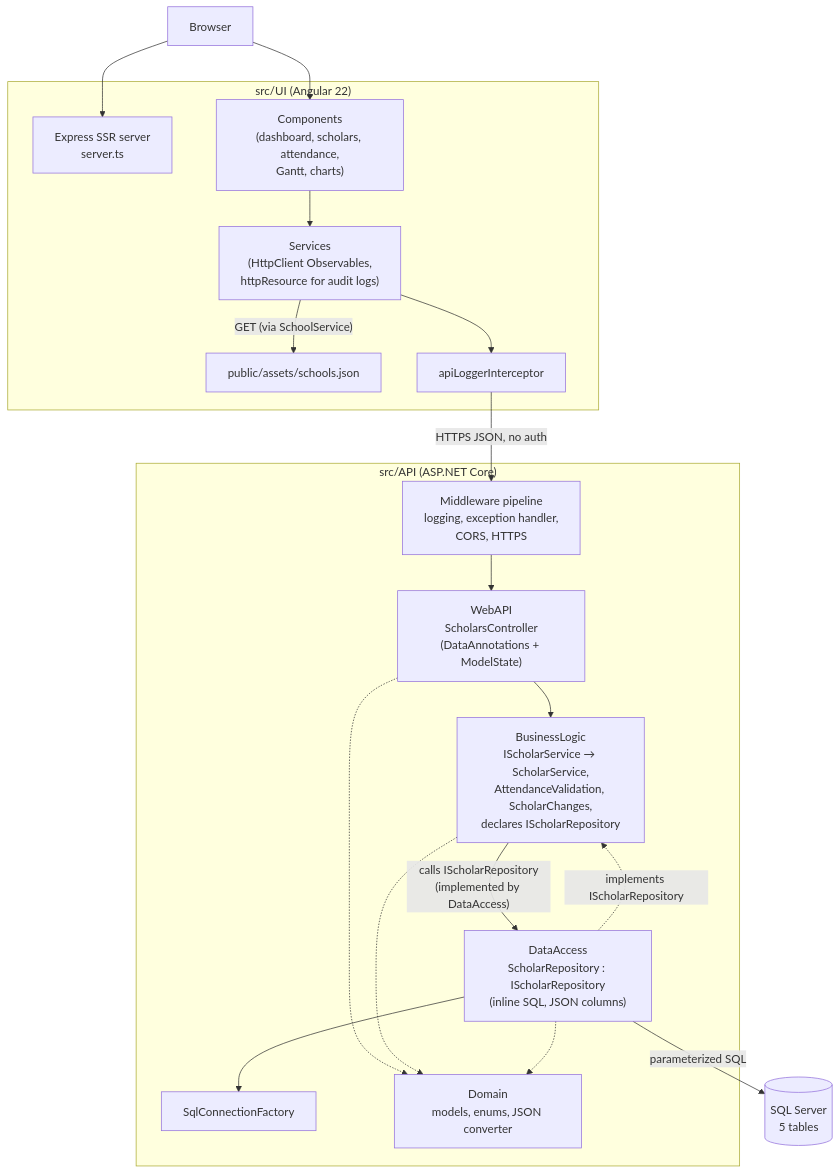
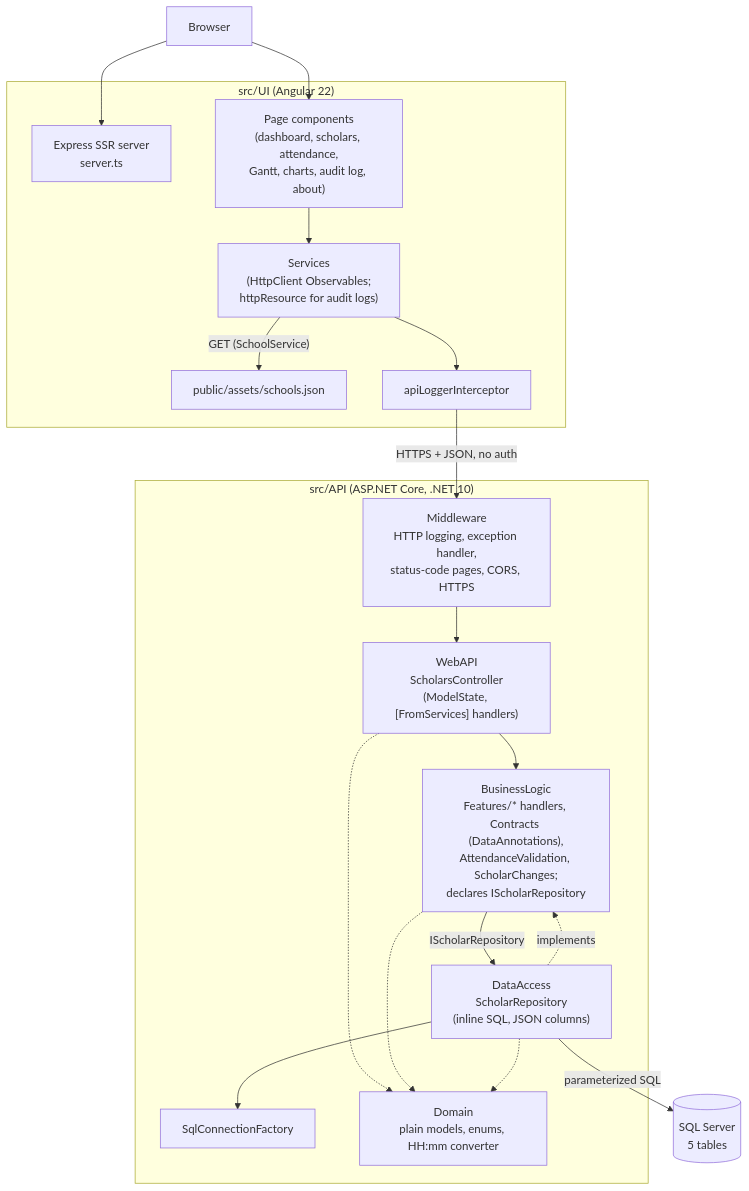
Before and after one commit to FrunzaDan/imalo-education-webapp: the first of 3 diagrams in ARCHITECTURE_AND_DESIGN.md, drawn with Mermaid. The commit also changed other lines of this file and 39 other files, not shown here.

Commit message:
clean architecture refactor

````diff
--- a/ARCHITECTURE_AND_DESIGN.md
+++ b/ARCHITECTURE_AND_DESIGN.md
@@ -23,33 +23,33 @@
 ```mermaid
 flowchart TD
     Browser["Browser"]
     subgraph UI["src/UI (Angular 22)"]
         SSR["Express SSR server<br/>server.ts"]
-        Comp["Components<br/>(dashboard, scholars, attendance,<br/>Gantt, charts)"]
-        Svc["Services<br/>(HttpClient Observables,<br/>httpResource for audit logs)"]
+        Comp["Page components<br/>(dashboard, scholars, attendance,<br/>Gantt, charts, audit log, about)"]
+        Svc["Services<br/>(HttpClient Observables;<br/>httpResource for audit logs)"]
         Static["public/assets/schools.json"]
         Int["apiLoggerInterceptor"]
     end
-    subgraph API["src/API (ASP.NET Core)"]
-        MW["Middleware pipeline<br/>logging, exception handler,<br/>CORS, HTTPS"]
-        Ctl["WebAPI<br/>ScholarsController<br/>(DataAnnotations + ModelState)"]
-        BL["BusinessLogic<br/>IScholarService → ScholarService,<br/>AttendanceValidation, ScholarChanges,<br/>declares IScholarRepository"]
-        DA["DataAccess<br/>ScholarRepository : IScholarRepository<br/>(inline SQL, JSON columns)"]
+    subgraph API["src/API (ASP.NET Core, .NET 10)"]
+        MW["Middleware<br/>HTTP logging, exception handler,<br/>status-code pages, CORS, HTTPS"]
+        Ctl["WebAPI<br/>ScholarsController<br/>(ModelState, [FromServices] handlers)"]
+        BL["BusinessLogic<br/>Features/* handlers, Contracts (DataAnnotations),<br/>AttendanceValidation, ScholarChanges;<br/>declares IScholarRepository"]
+        DA["DataAccess<br/>ScholarRepository<br/>(inline SQL, JSON columns)"]
         CF["SqlConnectionFactory"]
-        Dom["Domain<br/>models, enums, JSON converter"]
+        Dom["Domain<br/>plain models, enums, HH:mm converter"]
     end
     DB[("SQL Server<br/>5 tables")]
 
     Browser --> SSR
     Browser --> Comp
     Comp --> Svc --> Int
-    Svc -- "GET (via SchoolService)" --> Static
-    Int -- "HTTPS JSON, no auth" --> MW --> Ctl --> BL
-    BL -- "calls IScholarRepository<br/>(implemented by DataAccess)" --> DA
-    DA -. "implements IScholarRepository" .-> BL
+    Svc -- "GET (SchoolService)" --> Static
+    Int -- "HTTPS + JSON, no auth" --> MW --> Ctl --> BL
+    BL -- "IScholarRepository" --> DA
+    DA -. "implements" .-> BL
     DA --> CF
     DA -- "parameterized SQL" --> DB
     Ctl -.-> Dom
     BL -.-> Dom
     DA -.-> Dom
 ```
````
